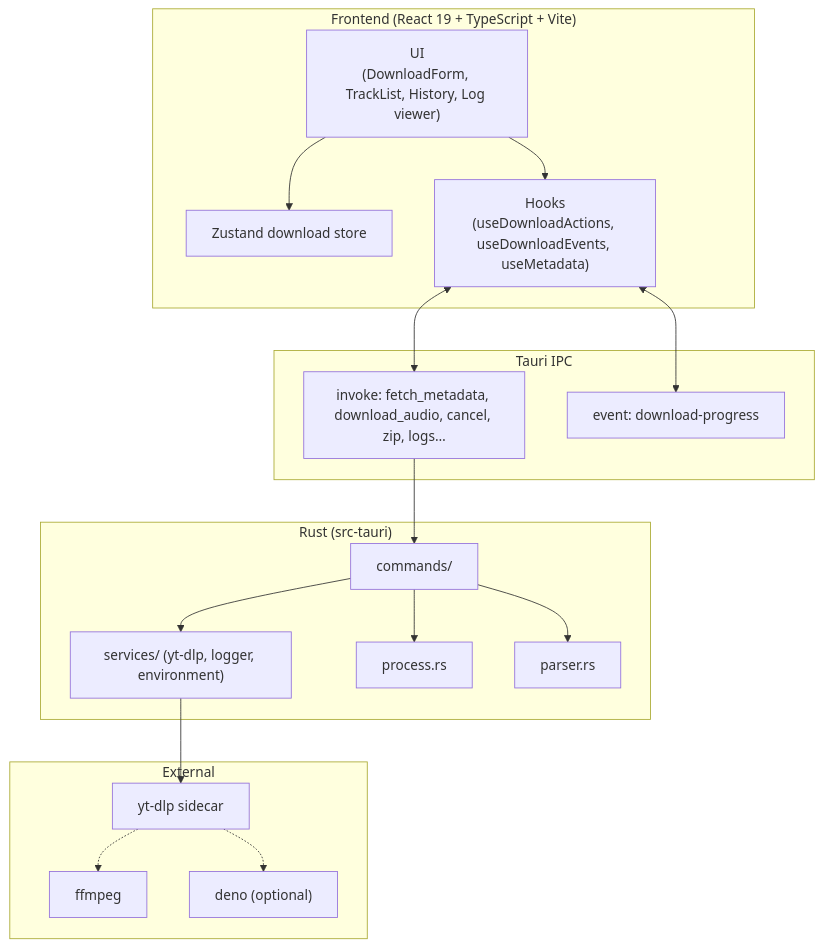
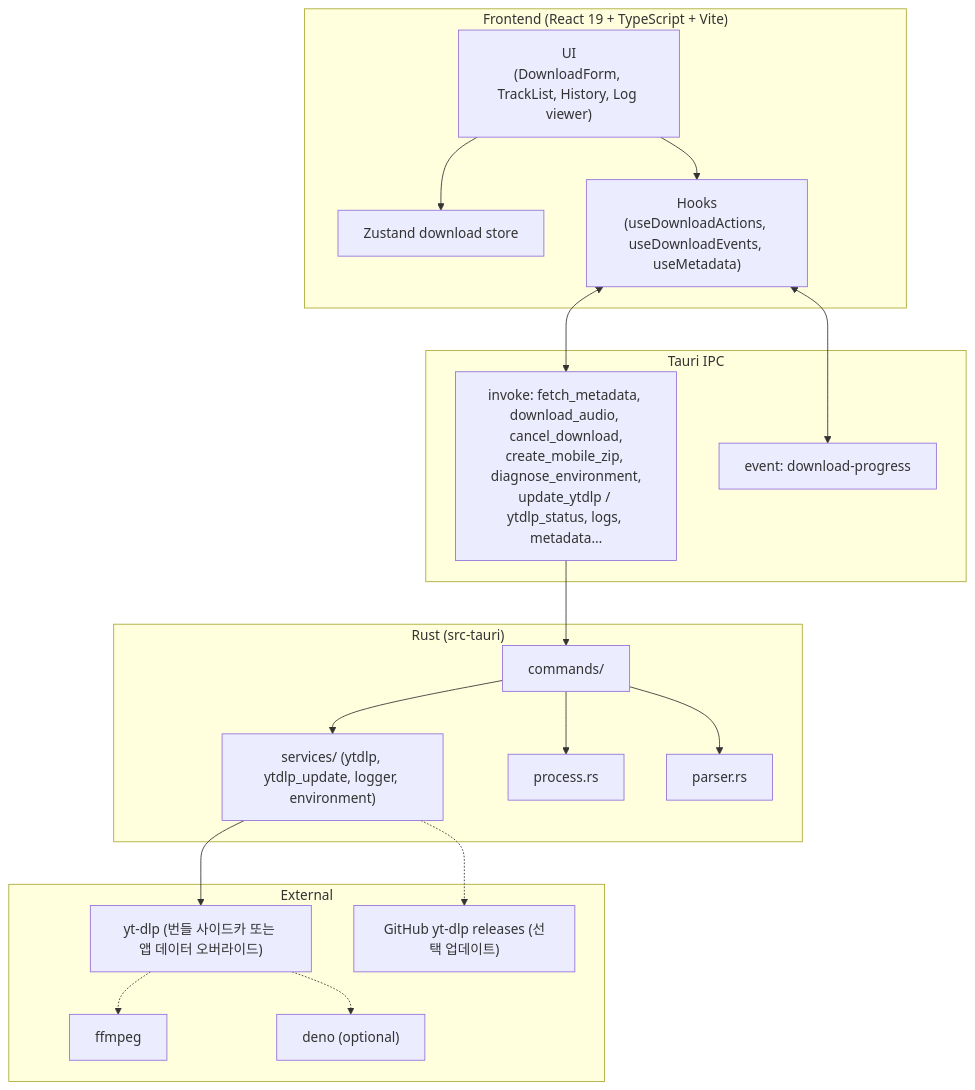
One commit to s4ngwoo/youtube-playlist-downloader changed the diagram in README_KO.md. Above: the diagram before and after it, drawn with Mermaid. The commit also changed other lines of this file and 10 other files, not shown here.

````diff
--- a/README_KO.md
+++ b/README_KO.md
@@ -104,38 +109,40 @@
 ```mermaid
 flowchart TB
     subgraph Frontend["Frontend (React 19 + TypeScript + Vite)"]
         UI["UI\n(DownloadForm, TrackList, History, Log viewer)"]
         Store["Zustand download store"]
         Hooks["Hooks\n(useDownloadActions, useDownloadEvents, useMetadata)"]
     end
 
     subgraph IPC["Tauri IPC"]
-        Invoke["invoke: fetch_metadata, download_audio, cancel, zip, logs…"]
+        Invoke["invoke: fetch_metadata, download_audio, cancel_download,\ncreate_mobile_zip, diagnose_environment,\nupdate_ytdlp / ytdlp_status, logs, metadata…"]
         Listen["event: download-progress"]
     end
 
     subgraph Backend["Rust (src-tauri)"]
         Commands["commands/"]
-        Services["services/ (yt-dlp, logger, environment)"]
+        Services["services/ (ytdlp, ytdlp_update, logger, environment)"]
         Process["process.rs"]
         Parser["parser.rs"]
     end
 
     subgraph External["External"]
-        YTDLP["yt-dlp sidecar"]
+        YTDLP["yt-dlp (번들 사이드카 또는 앱 데이터 오버라이드)"]
         FFMPEG["ffmpeg"]
         DENO["deno (optional)"]
+        GH["GitHub yt-dlp releases (선택 업데이트)"]
     end
 
     UI --> Store
     UI --> Hooks
     Hooks <--> Invoke
     Hooks <--> Listen
     Invoke --> Commands
     Commands --> Services
     Commands --> Process
     Commands --> Parser
     Services --> YTDLP
+    Services -.-> GH
     YTDLP -.-> FFMPEG
     YTDLP -.-> DENO
 ```
````
